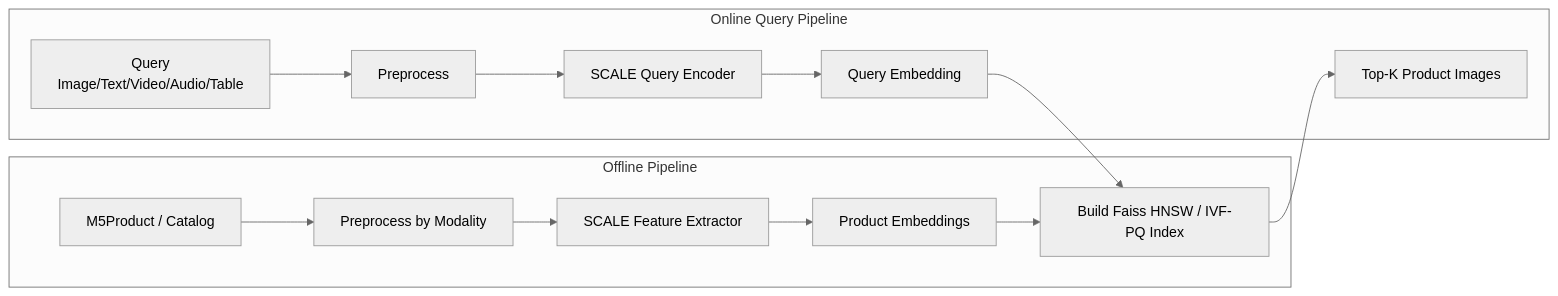
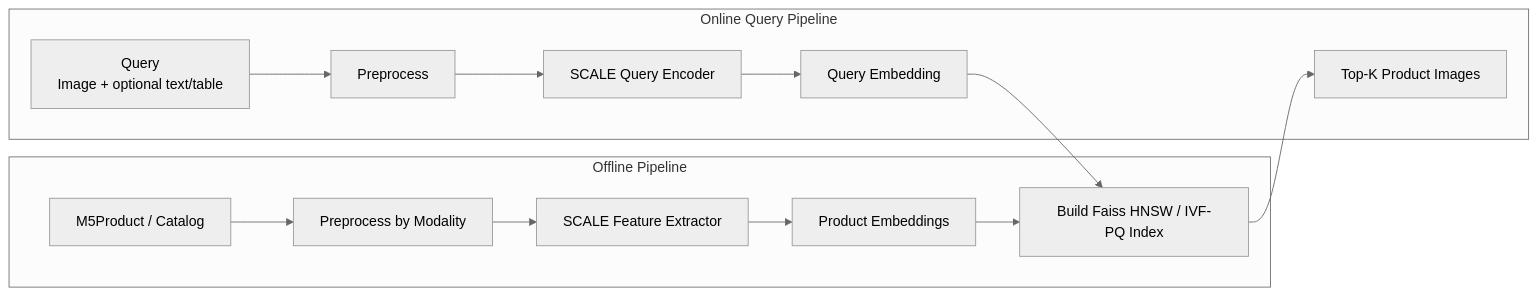
One commit to Computer-Vision-HCMUS/Product-Ecommerce-Image-Retrieval changed the fourth of 13 diagrams in docs/proposal/proposal.md. Above: the diagram before and after it, drawn with Mermaid (neutral theme). The commit also changed other lines of this file and 15 other files, not shown here.

````diff
--- a/docs/proposal/proposal.md
+++ b/docs/proposal/proposal.md
@@ -369,16 +395,16 @@
 ```mermaid
 flowchart LR
     subgraph Offline["Offline Pipeline"]
         D["M5Product / Catalog"] --> PP["Preprocess by Modality"]
         PP --> FE["SCALE Feature Extractor"]
         FE --> PE["Product Embeddings"]
         PE --> IDX["Build Faiss HNSW / IVF-PQ Index"]
     end
     subgraph Online["Online Query Pipeline"]
-        Q["Query<br/>Image/Text/Video/Audio/Table"] --> QP["Preprocess"]
+        Q["Query<br/>Image + optional text/table"] --> QP["Preprocess"]
         QP --> QF["SCALE Query Encoder"]
         QF --> QE["Query Embedding"]
         QE --> IDX
         IDX --> TOP["Top-K Product Images"]
     end
 ```
````
